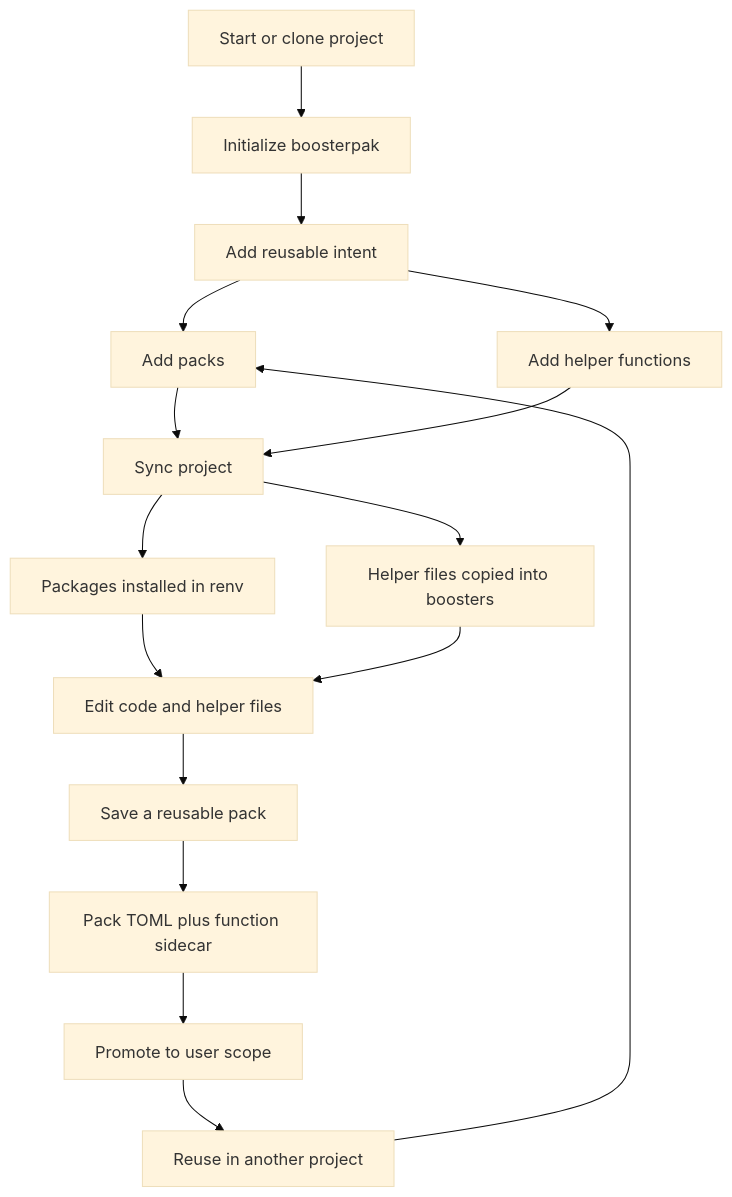
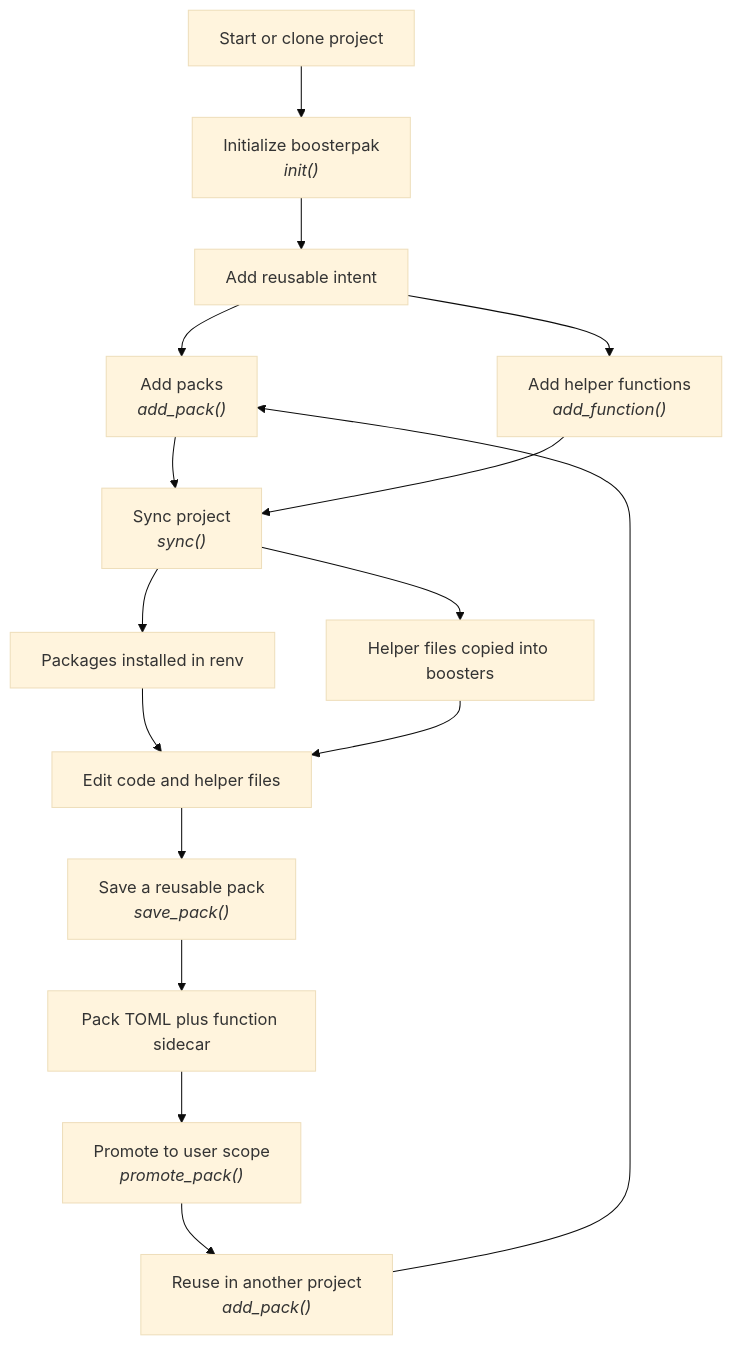
Before and after one commit to seanthimons/boosterpak: the diagram in README.md, drawn with Mermaid (base theme).

Commit message:
fix: update diagram

````diff
--- a/README.md
+++ b/README.md
@@ -29,18 +29,25 @@
 ```mermaid
 flowchart TD
-  A[Start or clone project] --> B[Initialize boosterpak]
+  A[Start or clone project] --> B["Initialize boosterpak
+    <em>init()</em>"]
   B --> C[Add reusable intent]
-  C --> D[Add packs]
-  C --> E[Add helper functions]
-  D --> F[Sync project]
+  C --> D["Add packs
+    <em>add_pack()</em>"]
+  C --> E["Add helper functions
+    <em>add_function()</em>"]
+  D --> F["Sync project
+    <em>sync()</em>"]
   E --> F
   F --> G[Packages installed in renv]
   F --> H[Helper files copied into boosters]
   G --> I[Edit code and helper files]
   H --> I
-  I --> J[Save a reusable pack]
+  I --> J["Save a reusable pack
+    <em>save_pack()</em>"]
   J --> K[Pack TOML plus function sidecar]
-  K --> L[Promote to user scope]
-  L --> M[Reuse in another project]
+  K --> L["Promote to user scope
+    <em>promote_pack()</em>"]
+  L --> M["Reuse in another project
+    <em>add_pack()</em>"]
   M --> D
 ```
````
